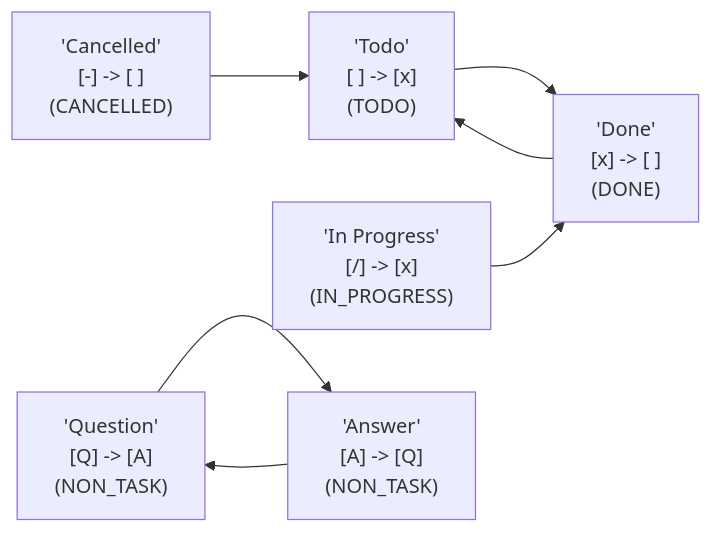
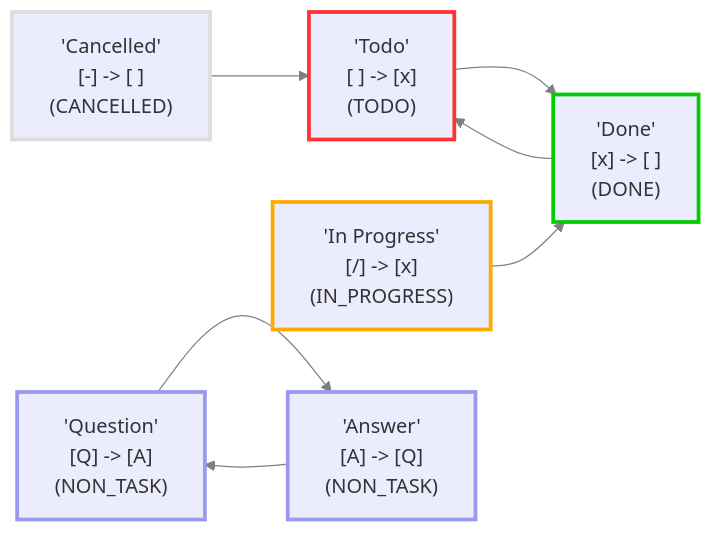
One commit to obsidian-tasks-group/obsidian-tasks changed the diagram in tests/StatusRegistryReport.test.StatusRegistryReport_should_create_a_report.approved.md. Above: the diagram before and after it, drawn with Mermaid. The commit also changed 19 other files, not shown here.

Commit message:
feat: Show Status Type as coloured edges in Status Diagrams

````diff
--- a/tests/StatusRegistryReport.test.StatusRegistryReport_should_create_a_report.approved.md
+++ b/tests/StatusRegistryReport.test.StatusRegistryReport_should_create_a_report.approved.md
@@ -40,15 +40,24 @@
 ```mermaid
 flowchart LR
-1["'Todo'<br>[ ] -> [x]<br>(TODO)"]
-2["'Done'<br>[x] -> [ ]<br>(DONE)"]
-3["'In Progress'<br>[/] -> [x]<br>(IN_PROGRESS)"]
-4["'Cancelled'<br>[-] -> [ ]<br>(CANCELLED)"]
-5["'Question'<br>[Q] -> [A]<br>(NON_TASK)"]
-6["'Answer'<br>[A] -> [Q]<br>(NON_TASK)"]
+
+classDef TODO        stroke:#f33,stroke-width:3px;
+classDef DONE        stroke:#0c0,stroke-width:3px;
+classDef IN_PROGRESS stroke:#fa0,stroke-width:3px;
+classDef CANCELLED   stroke:#ddd,stroke-width:3px;
+classDef NON_TASK    stroke:#99e,stroke-width:3px;
+
+1["'Todo'<br>[ ] -> [x]<br>(TODO)"]:::TODO
+2["'Done'<br>[x] -> [ ]<br>(DONE)"]:::DONE
+3["'In Progress'<br>[/] -> [x]<br>(IN_PROGRESS)"]:::IN_PROGRESS
+4["'Cancelled'<br>[-] -> [ ]<br>(CANCELLED)"]:::CANCELLED
+5["'Question'<br>[Q] -> [A]<br>(NON_TASK)"]:::NON_TASK
+6["'Answer'<br>[A] -> [Q]<br>(NON_TASK)"]:::NON_TASK
 1 --> 2
 2 --> 1
 3 --> 2
 4 --> 1
 5 --> 6
 6 --> 5
+
+linkStyle default stroke:gray
 ```
````
